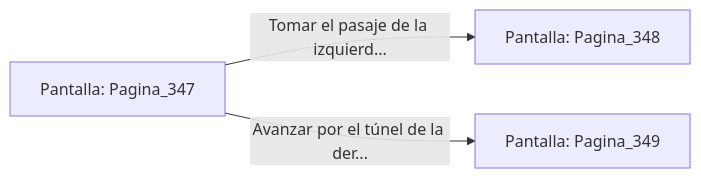
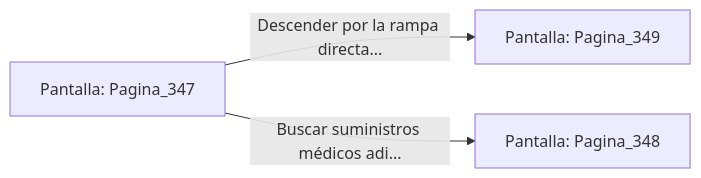
Before and after one commit to metsuke/mpl: the diagram in sample/eligejuego-vault/Pantalla_Pagina_347.md, drawn with Mermaid. The commit also changed other lines of this file and 635 other files, not shown here.

First line of the commit message:
fix: añadir Pagina_1 como pantalla inicial en capitulo_01.mpl

````diff
--- a/sample/eligejuego-vault/Pantalla_Pagina_347.md
+++ b/sample/eligejuego-vault/Pantalla_Pagina_347.md
@@ -20,6 +24,6 @@
 ```mermaid
 graph LR
     P_Pagina_347["Pantalla: Pagina_347"]
-    P_Pagina_347 -->|"Tomar el pasaje de la izquierd..."| P_Pagina_348["Pantalla: Pagina_348"]
-    P_Pagina_347 -->|"Avanzar por el túnel de la der..."| P_Pagina_349["Pantalla: Pagina_349"]
+    P_Pagina_347 -->|"Descender por la rampa directa..."| P_Pagina_349["Pantalla: Pagina_349"]
+    P_Pagina_347 -->|"Buscar suministros médicos adi..."| P_Pagina_348["Pantalla: Pagina_348"]
 ```
````
